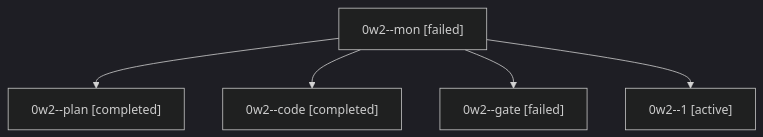
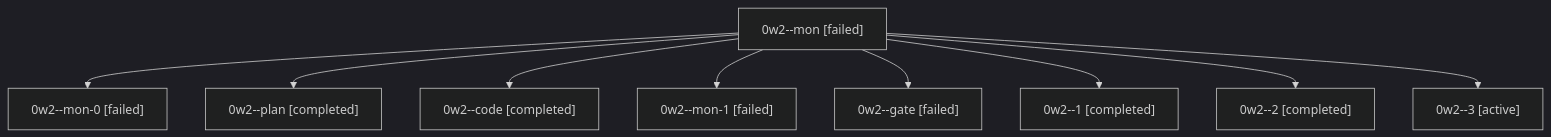
One commit to bobs-org/bob-cli--agents changed the diagram in sessions/bbugyi200.athena.0w2.md. Above: the diagram before and after it, drawn with Mermaid (dark theme). The commit also changed other lines of this file and 36 other files, not shown here.

````diff
--- a/sessions/bbugyi200.athena.0w2.md
+++ b/sessions/bbugyi200.athena.0w2.md
@@ -9,12 +9,20 @@
 ```mermaid
 flowchart TD
   n0["0w2--mon [failed]"]
-  n1["0w2--plan [completed]"]
+  n1["0w2--mon-0 [failed]"]
   n0 --> n1
-  n2["0w2--code [completed]"]
+  n2["0w2--plan [completed]"]
   n0 --> n2
-  n3["0w2--gate [failed]"]
+  n3["0w2--code [completed]"]
   n0 --> n3
-  n4["0w2--1 [active]"]
+  n4["0w2--mon-1 [failed]"]
   n0 --> n4
+  n5["0w2--gate [failed]"]
+  n0 --> n5
+  n6["0w2--1 [completed]"]
+  n0 --> n6
+  n7["0w2--2 [completed]"]
+  n0 --> n7
+  n8["0w2--3 [active]"]
+  n0 --> n8
 ```
````
